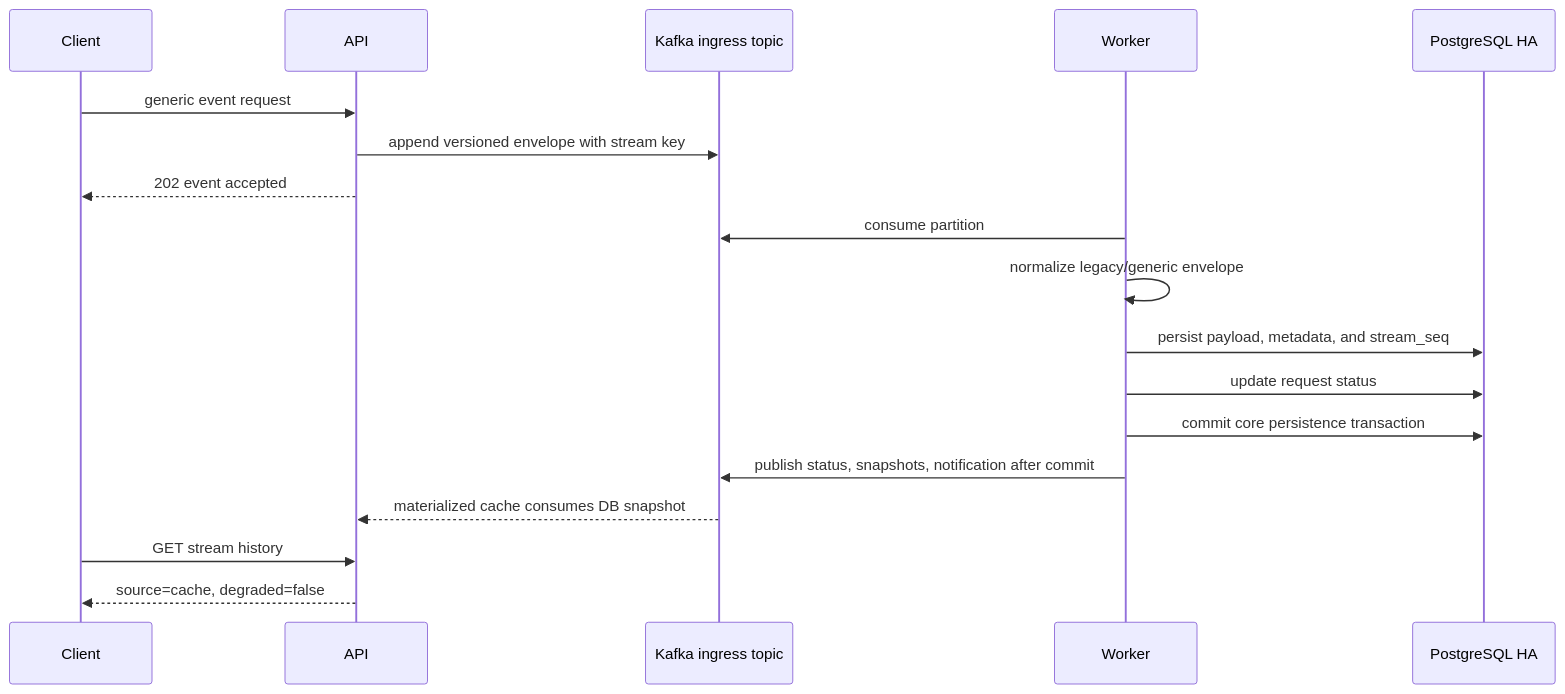
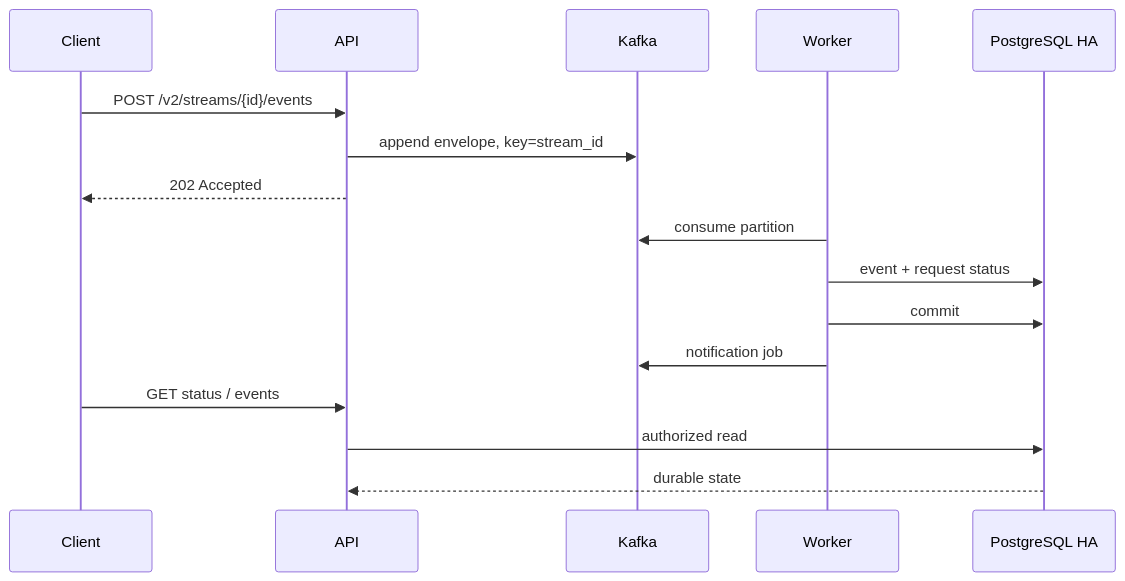
Before and after one commit to Jangwanko/Cloud_portfolio: the first of 2 diagrams in docs/ARCHITECTURE.md, drawn with Mermaid. The commit also changed other lines of this file and 42 other files, not shown here.

````diff
--- a/docs/ARCHITECTURE.md
+++ b/docs/ARCHITECTURE.md
@@ -102,21 +63,19 @@
 ```mermaid
 sequenceDiagram
     participant Client
     participant API
-    participant Kafka as Kafka ingress topic
+    participant Kafka
     participant Worker
     participant DB as PostgreSQL HA
 
-    Client->>API: generic event request
-    API->>Kafka: append versioned envelope with stream key
-    API-->>Client: 202 event accepted
+    Client->>API: POST /v2/streams/{id}/events
+    API->>Kafka: append envelope, key=stream_id
+    API-->>Client: 202 Accepted
     Worker->>Kafka: consume partition
-    Worker->>Worker: normalize legacy/generic envelope
-    Worker->>DB: persist payload, metadata, and stream_seq
-    Worker->>DB: update request status
-    Worker->>DB: commit core persistence transaction
-    Worker->>Kafka: publish status, snapshots, notification after commit
-    Kafka-->>API: materialized cache consumes DB snapshot
-    Client->>API: GET stream history
-    API-->>Client: source=cache, degraded=false
+    Worker->>DB: event + request status
+    Worker->>DB: commit
+    Worker->>Kafka: notification job
+    Client->>API: GET status / events
+    API->>DB: authorized read
+    DB-->>API: durable state
 ```
````
